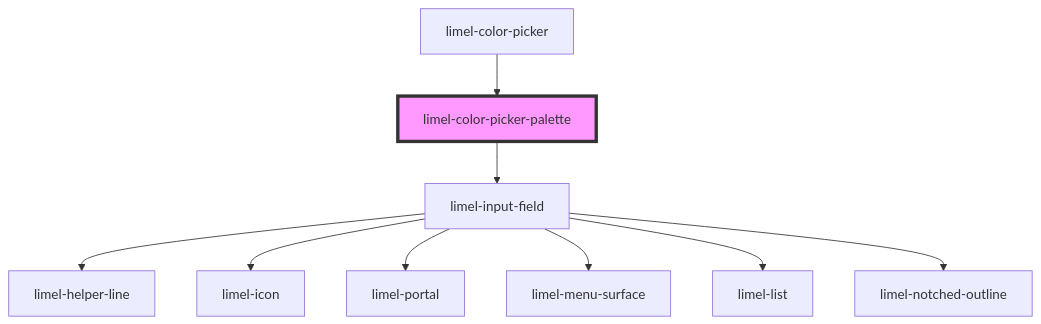
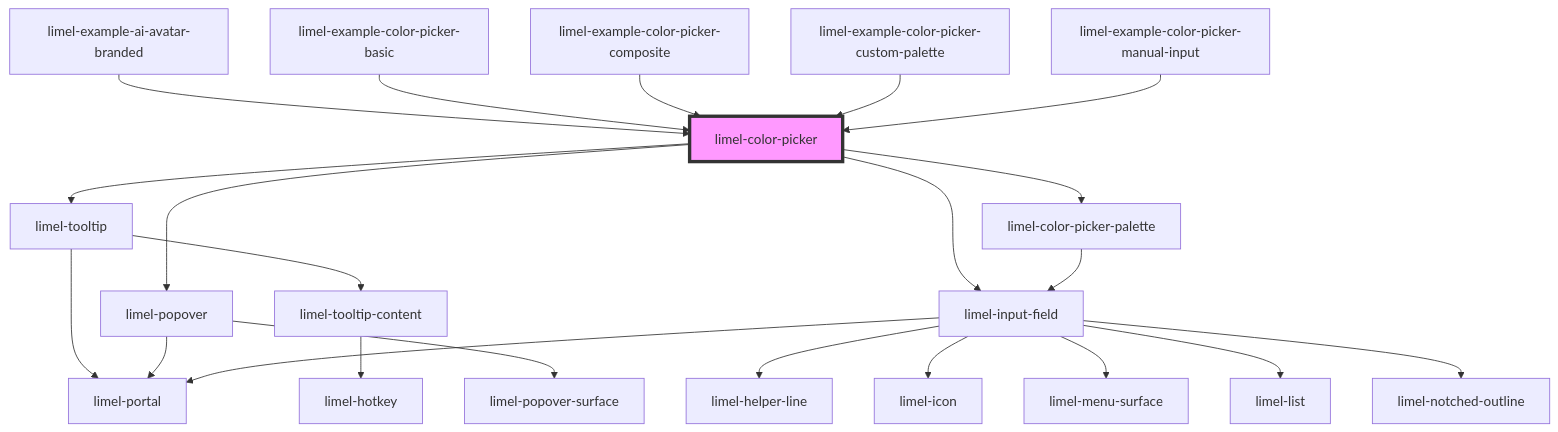
One commit to Lundalogik/lime-elements changed the diagram in versions/PR-4503/markdown-docs/components/color-picker/readme.md. Above: the diagram before and after it, drawn with Mermaid. The commit also changed other lines of this file and 2 other files, not shown here.

````diff
--- a/versions/PR-4503/markdown-docs/components/color-picker/readme.md
+++ b/versions/PR-4503/markdown-docs/components/color-picker/readme.md
@@ -38,12 +60,25 @@
 ```mermaid
 graph TD;
+  limel-color-picker --> limel-tooltip
+  limel-color-picker --> limel-popover
+  limel-color-picker --> limel-color-picker-palette
+  limel-color-picker --> limel-input-field
+  limel-tooltip --> limel-portal
+  limel-tooltip --> limel-tooltip-content
+  limel-tooltip-content --> limel-hotkey
+  limel-popover --> limel-portal
+  limel-popover --> limel-popover-surface
   limel-color-picker-palette --> limel-input-field
   limel-input-field --> limel-helper-line
   limel-input-field --> limel-icon
   limel-input-field --> limel-portal
   limel-input-field --> limel-menu-surface
   limel-input-field --> limel-list
   limel-input-field --> limel-notched-outline
-  limel-color-picker --> limel-color-picker-palette
-  style limel-color-picker-palette fill:#f9f,stroke:#333,stroke-width:4px
+  limel-example-ai-avatar-branded --> limel-color-picker
+  limel-example-color-picker-basic --> limel-color-picker
+  limel-example-color-picker-composite --> limel-color-picker
+  limel-example-color-picker-custom-palette --> limel-color-picker
+  limel-example-color-picker-manual-input --> limel-color-picker
+  style limel-color-picker fill:#f9f,stroke:#333,stroke-width:4px
 ```
````
